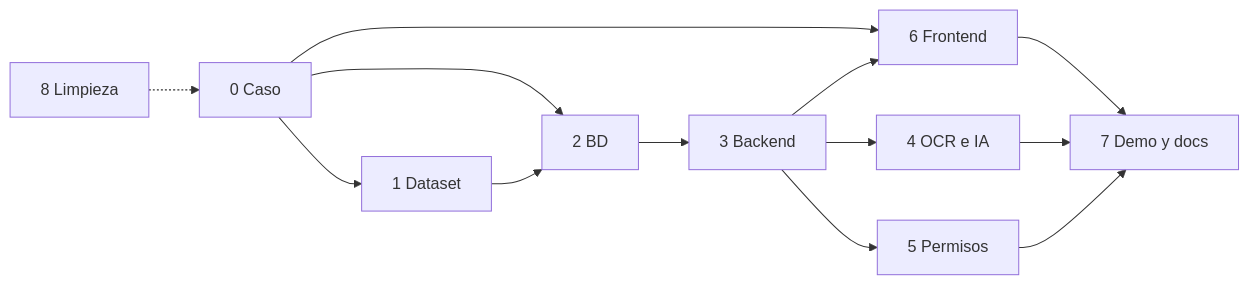
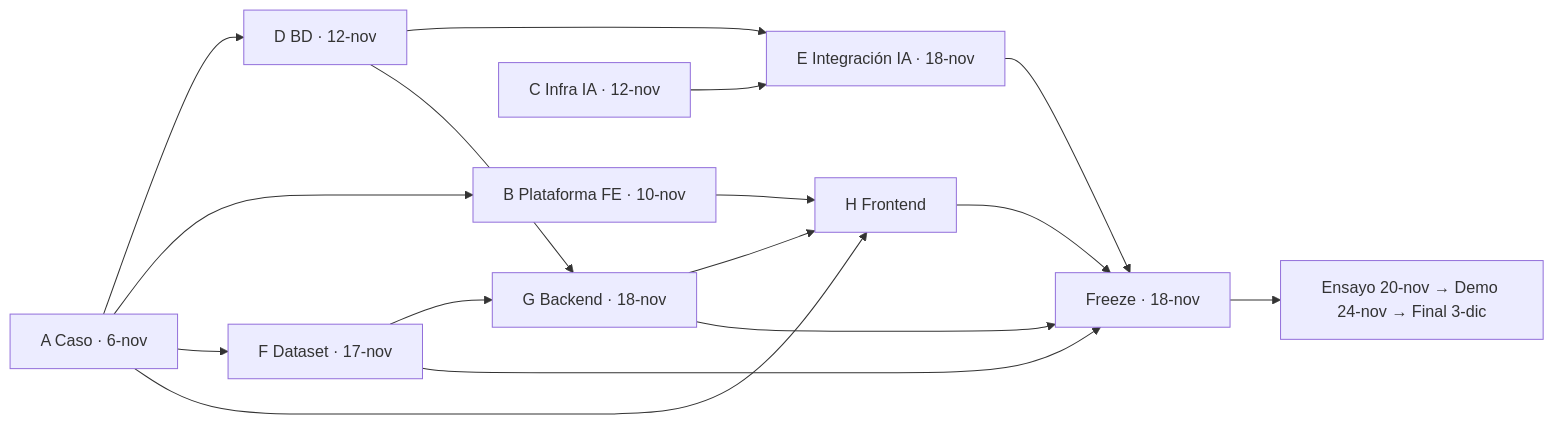
The diagram in docs/gestion/REPLAN-2026-10-30.md (reeinharddd/docu), drawn with Mermaid before and after one commit. The commit also changed other lines of this file and 2 other files, not shown here.

First line of the commit message:
docs: replanificacion de C1 v2 (carriles, freeze de la demo, IA dentro) (#82)

````diff
--- a/docs/gestion/REPLAN-2026-10-30.md
+++ b/docs/gestion/REPLAN-2026-10-30.md
@@ -87,15 +141,18 @@
 ```mermaid
 flowchart LR
-  B0[0 Caso] --> B1[1 Dataset]
-  B0 --> B2[2 BD]
-  B1 --> B2
-  B2 --> B3[3 Backend]
-  B3 --> B4[4 OCR e IA]
-  B3 --> B5[5 Permisos]
-  B0 --> B6[6 Frontend]
-  B3 --> B6
-  B6 --> B7[7 Demo y docs]
-  B4 --> B7
-  B5 --> B7
-  B8[8 Limpieza] -.-> B0
+  A[A Caso · 6-nov] --> D[D BD · 12-nov]
+  A --> B[B Plataforma FE · 10-nov]
+  A --> F[F Dataset · 17-nov]
+  A --> H[H Frontend]
+  C[C Infra IA · 12-nov] --> E[E Integración IA · 18-nov]
+  D --> E
+  D --> G[G Backend · 18-nov]
+  F --> G
+  B --> H
+  G --> H
+  E --> Z[Freeze · 18-nov]
+  G --> Z
+  H --> Z
+  F --> Z
+  Z --> Y[Ensayo 20-nov → Demo 24-nov → Final 3-dic]
 ```
````
